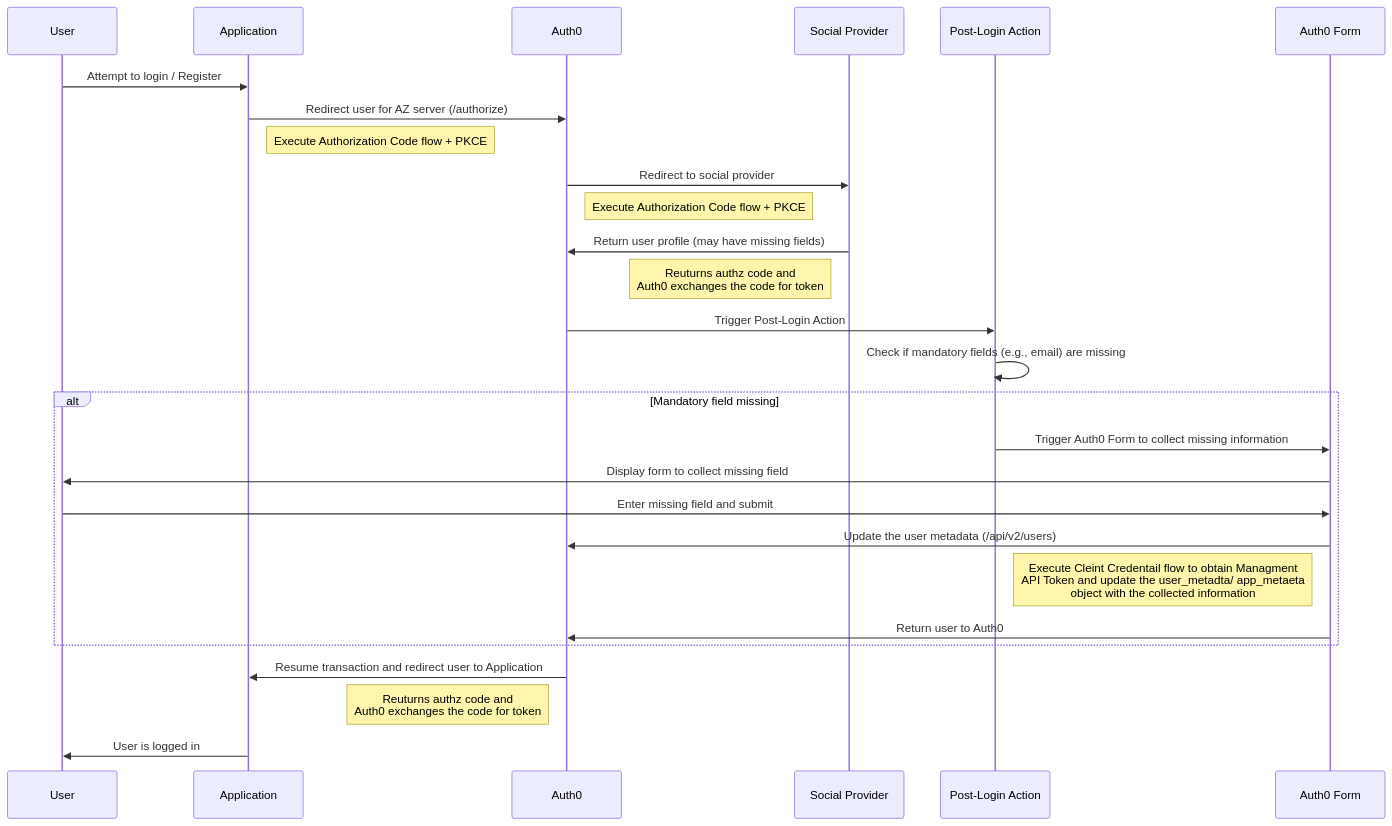
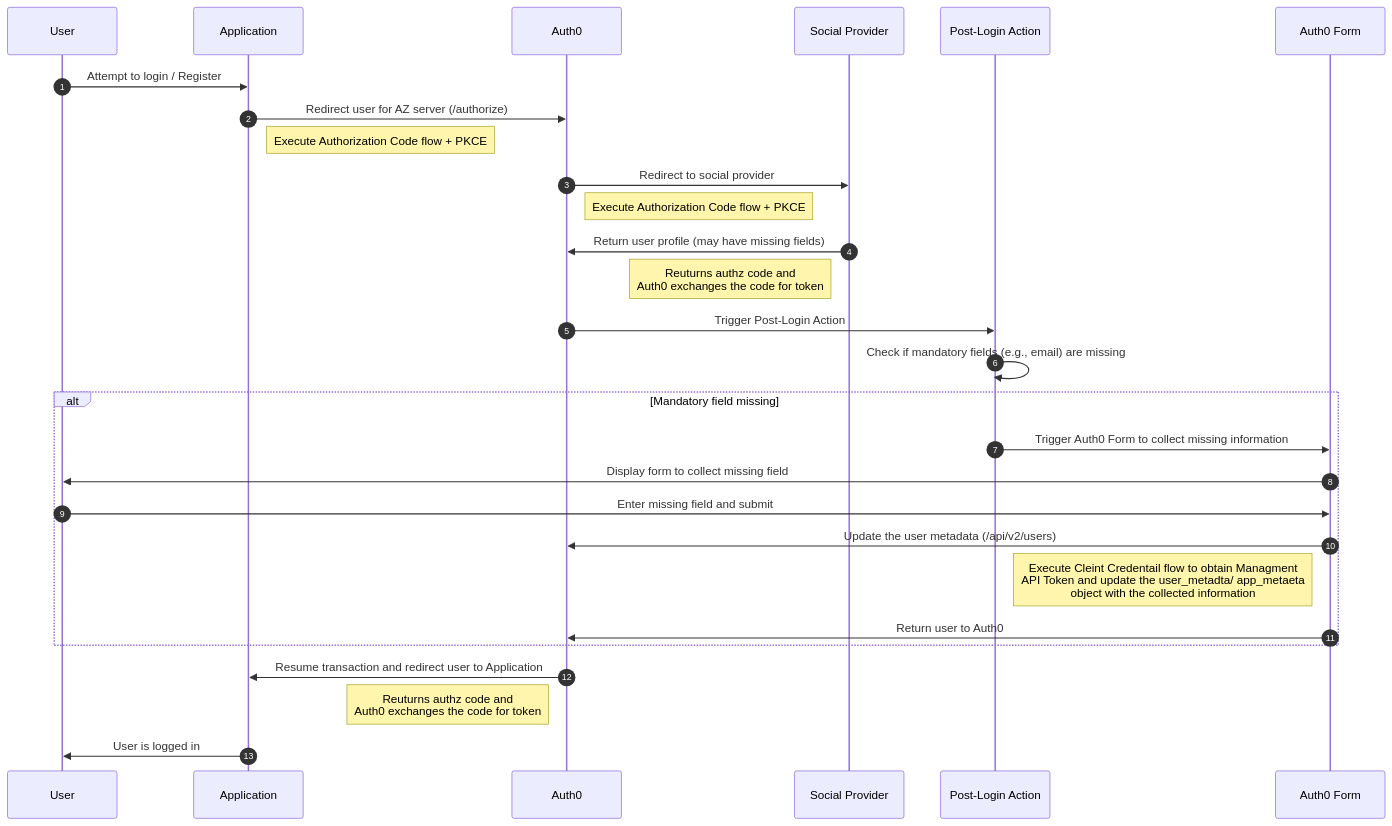
One commit to Tanver-Hasan/oauth2.0-flows- changed the diagram in Progressive Profiling/missing_fields_social_provider.md. Above: the diagram before and after it, drawn with Mermaid. The commit also changed other lines of this file and 1 other file, not shown here.

Commit message:
updated with image and autonumber

````diff
--- a/Progressive Profiling/missing_fields_social_provider.md
+++ b/Progressive Profiling/missing_fields_social_provider.md
@@ -6,29 +6,30 @@
 ```mermaid
 sequenceDiagram
+    autonumber
     participant User
     participant Application
     participant Auth0
     participant SocialProvider as Social Provider
     participant PostLoginAction as Post-Login Action
     participant Auth0Forms as Auth0 Form
     User ->> Application: Attempt to login / Register 
     Application ->> Auth0: Redirect user for AZ server (/authorize)
     note right of Application: Execute Authorization Code flow + PKCE
     Auth0 ->> SocialProvider: Redirect to social provider 
     note right of Auth0: Execute Authorization Code flow + PKCE
     SocialProvider ->> Auth0: Return user profile (may have missing fields)
     note left of SocialProvider : Reuturns authz code and <br> Auth0 exchanges the code for token
     Auth0 ->> PostLoginAction: Trigger Post-Login Action 
     PostLoginAction ->> PostLoginAction: Check if mandatory fields (e.g., email) are missing
     alt Mandatory field missing
         PostLoginAction ->> Auth0Forms: Trigger Auth0 Form to collect missing information
         Auth0Forms ->> User: Display form to collect missing field
         User ->> Auth0Forms: Enter missing field and submit
         Auth0Forms ->> Auth0 : Update the user metadata (/api/v2/users)
         note left of Auth0Forms: Execute Cleint Credentail flow to obtain Managment <br> API Token and update the user_metadta/ app_metaeta <br> object with the collected information
         Auth0Forms ->> Auth0: Return user to Auth0
     end
     Auth0 ->> Application: Resume transaction and redirect user to Application
     note left of Auth0 : Reuturns authz code and <br> Auth0 exchanges the code for token
     Application ->> User: User is logged in
 ```
````
